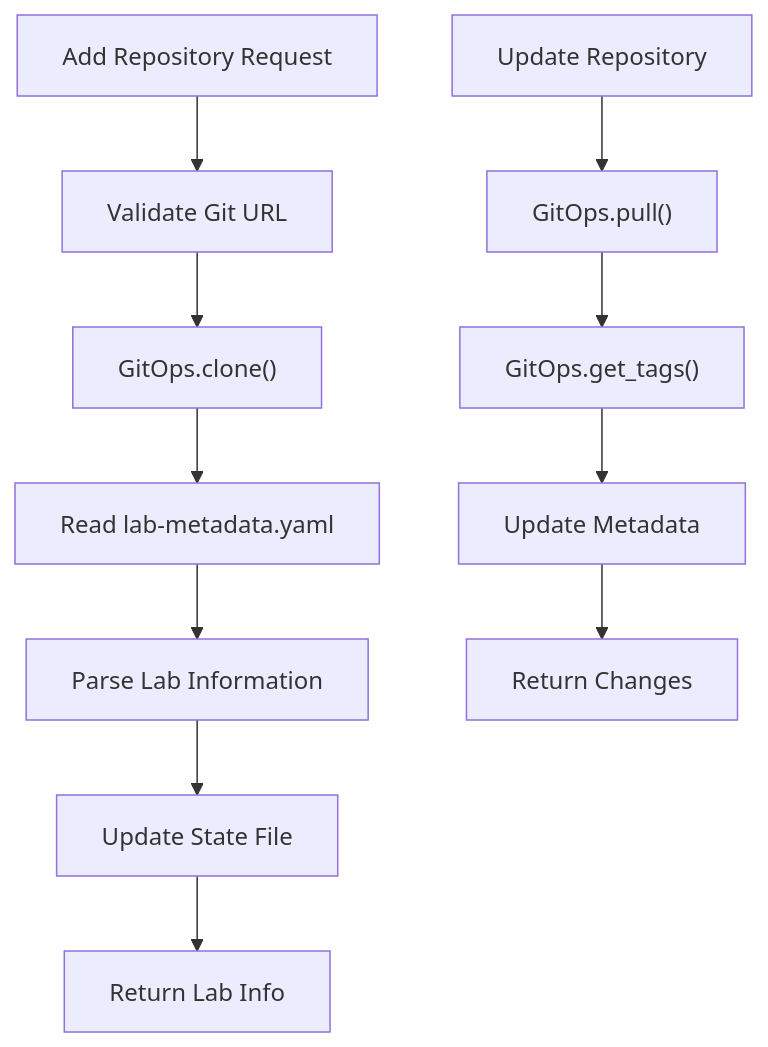
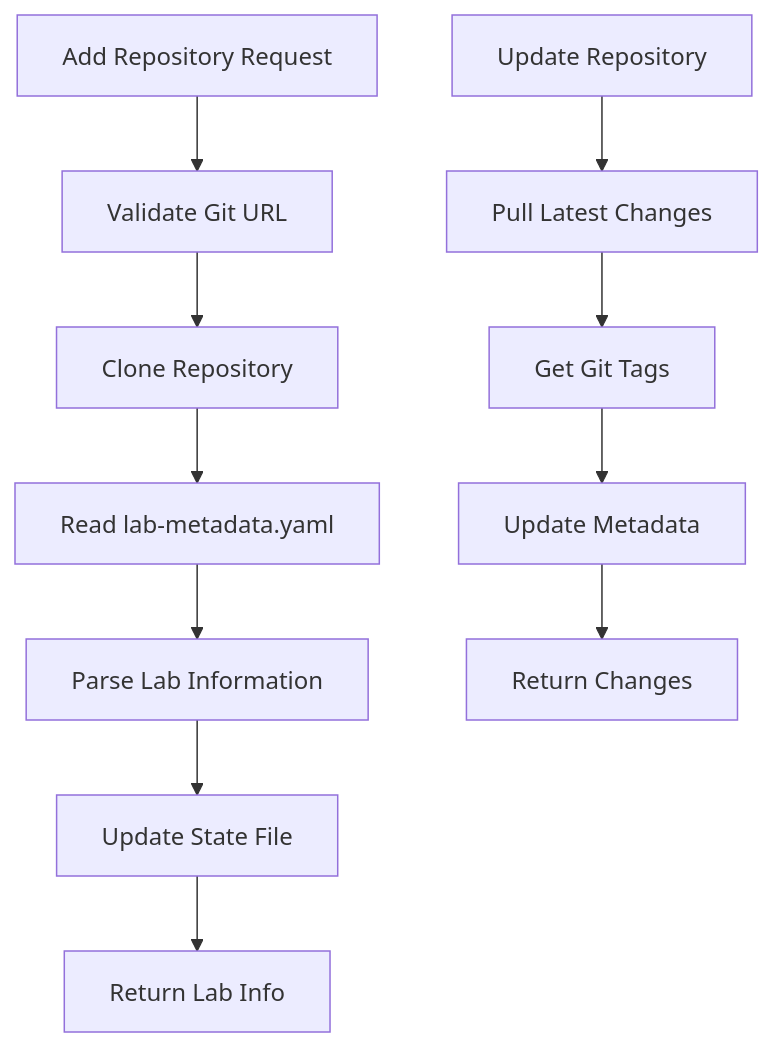
The seventh of 10 diagrams in docs/project_architecture.md (marccolburn/homelab_manager), drawn with Mermaid before and after one commit. The commit also changed other lines of this file, not shown here.

Commit message:
Fix mermaid diagrams by removing method notation
- Replace GitOps.clone() with 'Clone Repository'
- Replace GitOps.pull() with 'Pull Latest Changes'
- Replace NetBox.allocate_ips() with 'Allocate IPs from NetBox'
- Replace ClabRunner.run_bootstrap() with 'Run Bootstrap Script'
- Removes dots and parentheses that cause GitHub mermaid parser errors

````diff
--- a/docs/project_architecture.md
+++ b/docs/project_architecture.md
@@ -235,14 +235,14 @@
 ```mermaid
 graph TD
     A[Add Repository Request] --> B[Validate Git URL]
-    B --> C["GitOps.clone()"]
+    B --> C[Clone Repository]
     C --> D[Read lab-metadata.yaml]
     D --> E[Parse Lab Information]
     E --> F[Update State File]
     F --> G[Return Lab Info]
     
-    H[Update Repository] --> I["GitOps.pull()"]
-    I --> J["GitOps.get_tags()"]
+    H[Update Repository] --> I[Pull Latest Changes]
+    I --> J[Get Git Tags]
     J --> K[Update Metadata]
     K --> L[Return Changes]
 ```
````
